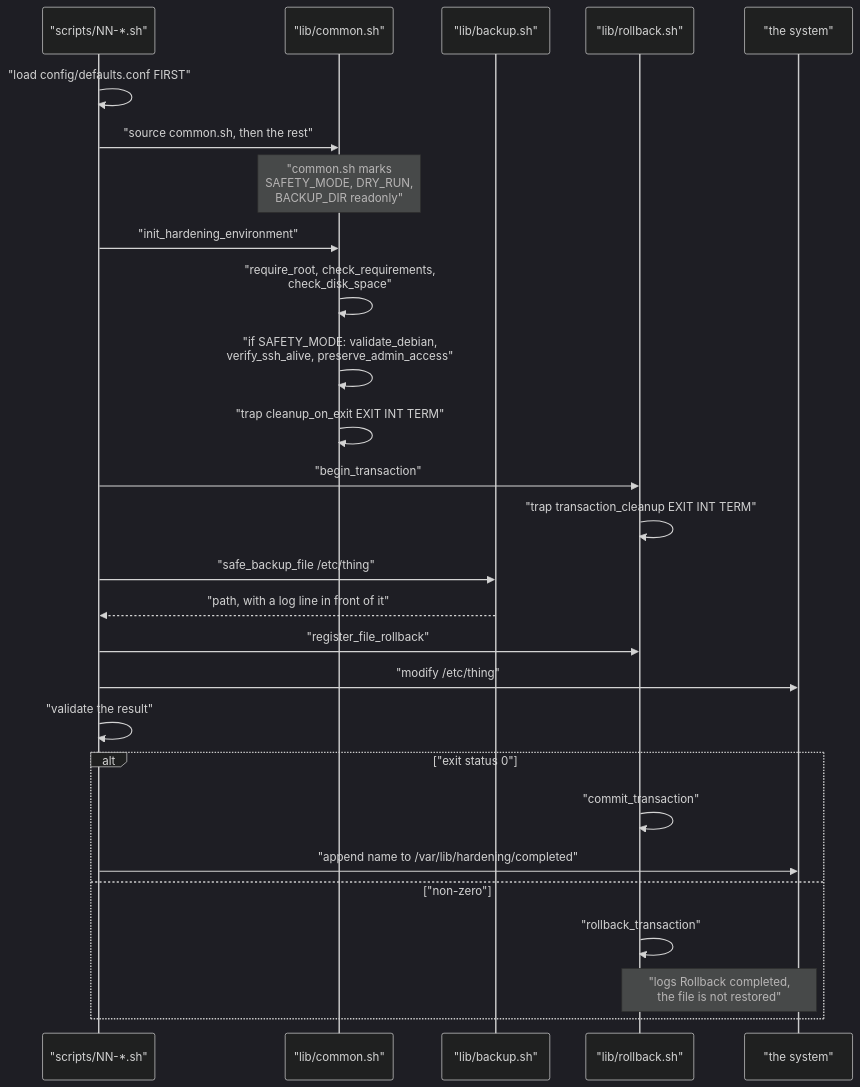
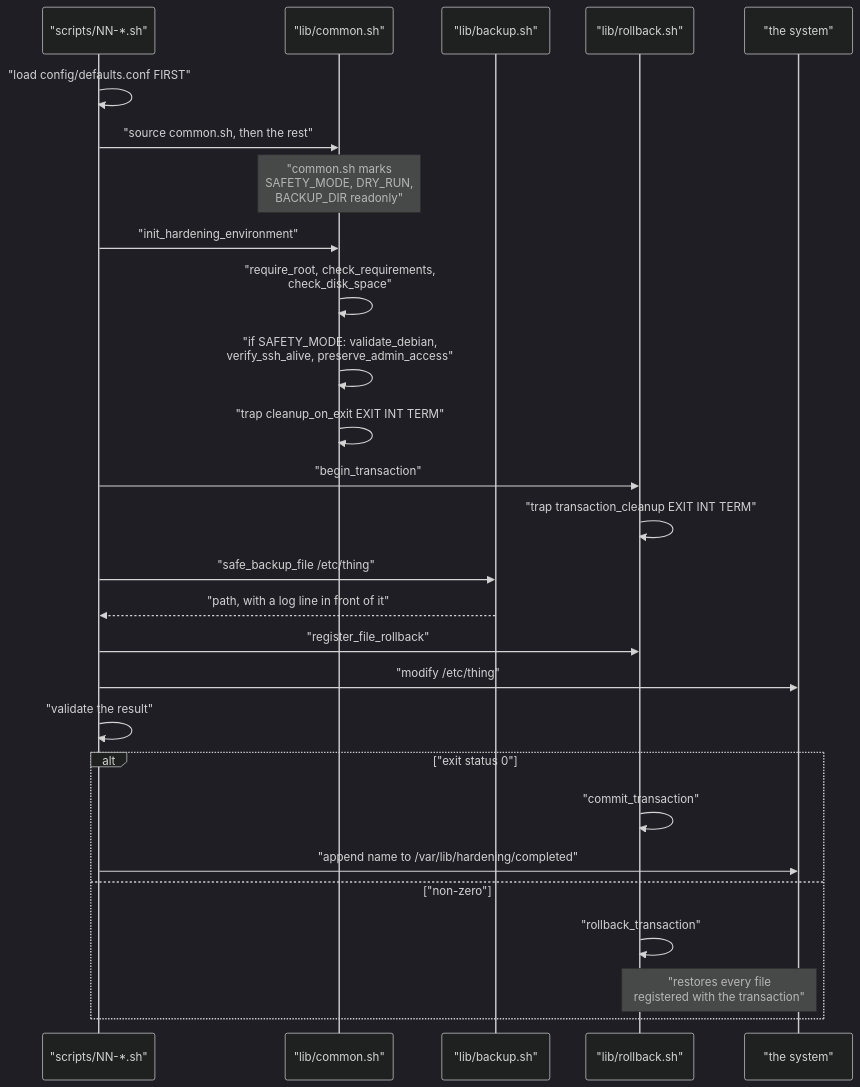
Before and after one commit to Bissbert/POSIX-hardening: the second of 2 diagrams in docs/execution-model.md, drawn with Mermaid (dark theme). The commit also changed other lines of this file and 35 other files, not shown here.

````diff
--- a/docs/execution-model.md
+++ b/docs/execution-model.md
@@ -61,30 +61,30 @@
 ```mermaid
 sequenceDiagram
     participant S as "scripts/NN-*.sh"
     participant C as "lib/common.sh"
     participant B as "lib/backup.sh"
     participant R as "lib/rollback.sh"
     participant SYS as "the system"
 
     S->>S: "load config/defaults.conf FIRST"
     S->>C: "source common.sh, then the rest"
     Note over C: "common.sh marks<br/>SAFETY_MODE, DRY_RUN,<br/>BACKUP_DIR readonly"
     S->>C: "init_hardening_environment"
     C->>C: "require_root, check_requirements,<br/>check_disk_space"
     C->>C: "if SAFETY_MODE: validate_debian,<br/>verify_ssh_alive, preserve_admin_access"
     C->>C: "trap cleanup_on_exit EXIT INT TERM"
     S->>R: "begin_transaction"
     R->>R: "trap transaction_cleanup EXIT INT TERM"
     S->>B: "safe_backup_file /etc/thing"
     B-->>S: "path, with a log line in front of it"
     S->>R: "register_file_rollback"
     S->>SYS: "modify /etc/thing"
     S->>S: "validate the result"
     alt "exit status 0"
         R->>R: "commit_transaction"
         S->>SYS: "append name to /var/lib/hardening/completed"
     else "non-zero"
         R->>R: "rollback_transaction"
-        Note over R,SYS: "logs Rollback completed,<br/>the file is not restored"
+        Note over R,SYS: "restores every file<br/>registered with the transaction"
     end
 ```
````
